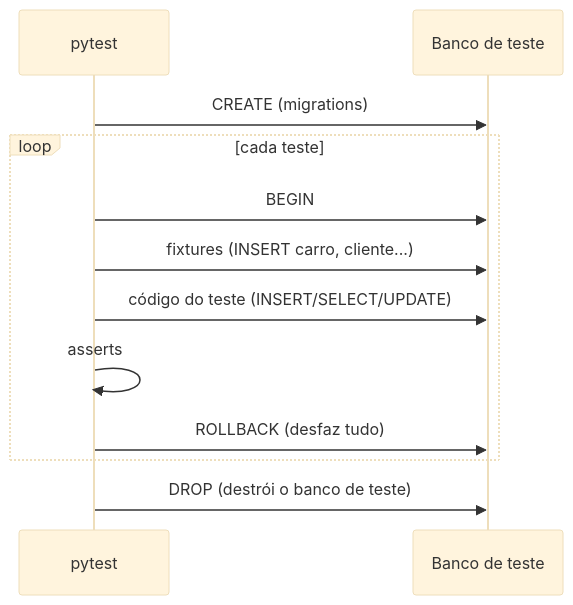
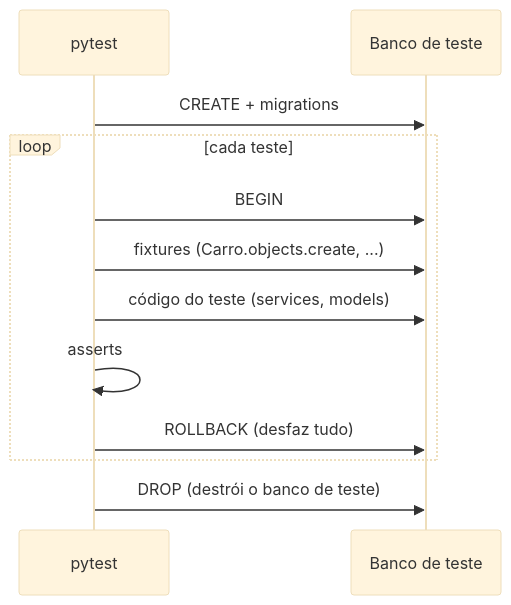
The second of 2 diagrams in docs/banco-de-testes.md (Luizzzz28/PI---EasyCar_Luiz-Barbiana-Yandra), drawn with Mermaid (base theme) before and after one commit. The commit also changed other lines of this file and 26 other files, not shown here.

````diff
--- a/docs/banco-de-testes.md
+++ b/docs/banco-de-testes.md
@@ -51,14 +63,14 @@
 ```mermaid
 sequenceDiagram
     participant P as pytest
     participant DB as Banco de teste
-    P->>DB: CREATE (migrations)
+    P->>DB: CREATE + migrations
     loop cada teste
         P->>DB: BEGIN
-        P->>DB: fixtures (INSERT carro, cliente...)
-        P->>DB: código do teste (INSERT/SELECT/UPDATE)
+        P->>DB: fixtures (Carro.objects.create, ...)
+        P->>DB: código do teste (services, models)
         P->>P: asserts
         P->>DB: ROLLBACK (desfaz tudo)
     end
     P->>DB: DROP (destrói o banco de teste)
 ```
````
